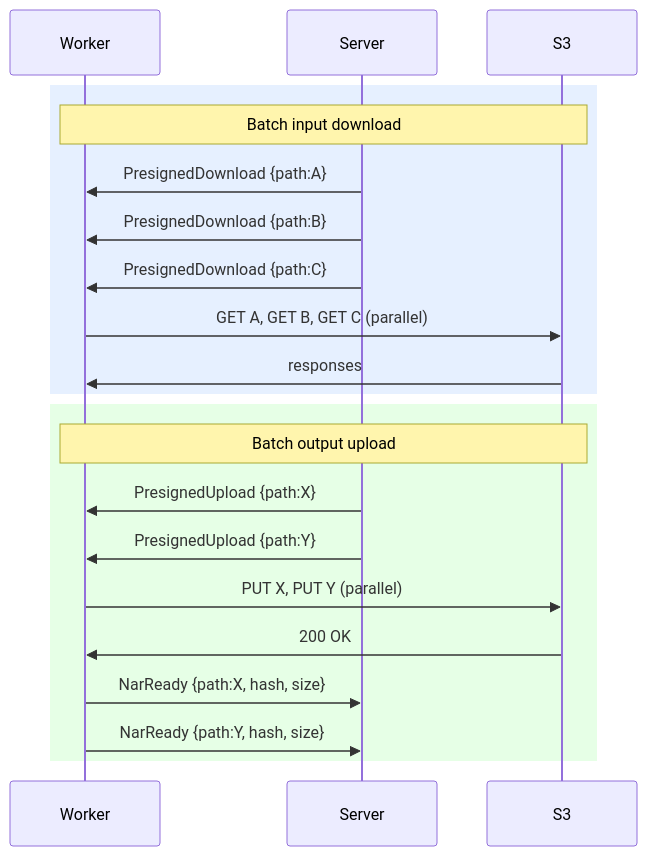
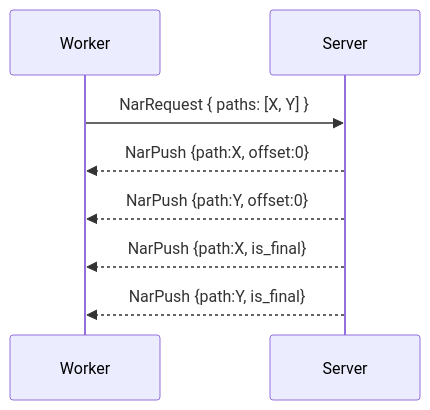
Before and after one commit to wavelens/gradient: diagram 17 of 23 in docs/src/development/proto.md, drawn with Mermaid. The commit also changed other lines of this file and 28 other files, not shown here.

````diff
--- a/docs/src/development/proto.md
+++ b/docs/src/development/proto.md
@@ -774,25 +845,11 @@
 ```mermaid
 sequenceDiagram
     participant W as Worker
     participant S as Server
-    participant S3 as S3
 
-    rect rgb(230, 240, 255)
-    Note over W,S3: Batch input download
-    S->>W: PresignedDownload {path:A}
-    S->>W: PresignedDownload {path:B}
-    S->>W: PresignedDownload {path:C}
-    W->>S3: GET A, GET B, GET C (parallel)
-    S3->>W: responses
-    end
-
-    rect rgb(230, 255, 230)
-    Note over W,S3: Batch output upload
-    S->>W: PresignedUpload {path:X}
-    S->>W: PresignedUpload {path:Y}
-    W->>S3: PUT X, PUT Y (parallel)
-    S3->>W: 200 OK
-    W->>S: NarReady {path:X, hash, size}
-    W->>S: NarReady {path:Y, hash, size}
-    end
+    W->>S: NarRequest { paths: [X, Y] }
+    S-->>W: NarPush {path:X, offset:0}
+    S-->>W: NarPush {path:Y, offset:0}
+    S-->>W: NarPush {path:X, is_final}
+    S-->>W: NarPush {path:Y, is_final}
 ```
````
